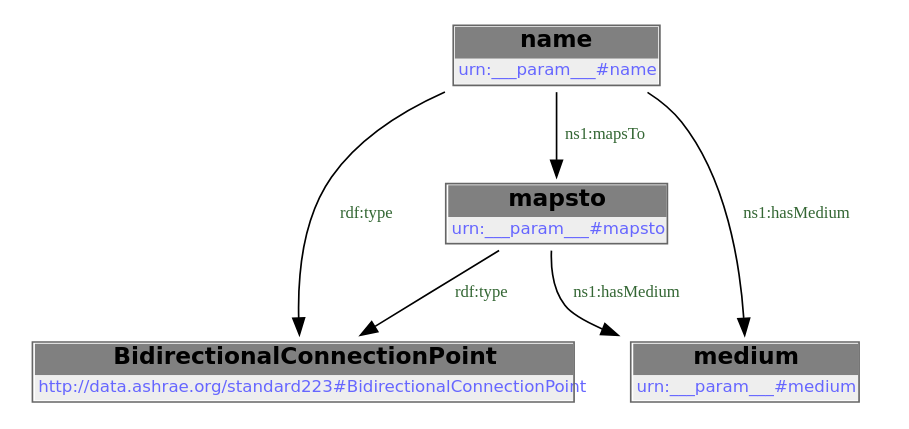
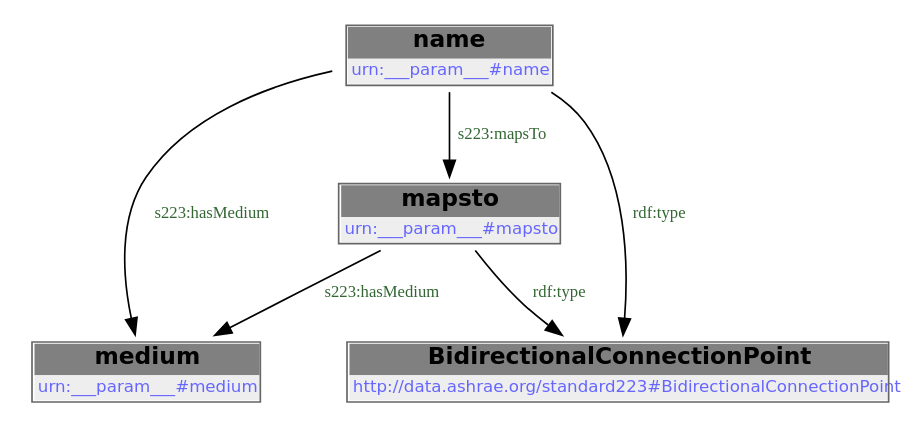
One commit to DataDrivenCPS/water-ontology changed the diagram in docs/libraries/templates/bidirectional-cp.rst. Above: the diagram before and after it, drawn with Graphviz. The commit also changed other lines of this file and 83 other files, not shown here.

```diff
--- a/docs/libraries/templates/bidirectional-cp.rst
+++ b/docs/libraries/templates/bidirectional-cp.rst
@@ -64,14 +55,18 @@
-        .. graphviz::
+.. graphviz::
 
-                digraph G {
-            node [fontname="DejaVu Sans"];
-            node0 -> node1 [color=BLACK, label=< <font point-size='10' color='#336633'>rdf:type</font> >];
-            node2 -> node1 [color=BLACK, label=< <font point-size='10' color='#336633'>rdf:type</font> >];
-            node2 -> node0 [color=BLACK, label=< <font point-size='10' color='#336633'>ns1:mapsTo</font> >];
-            node0 -> node3 [color=BLACK, label=< <font point-size='10' color='#336633'>ns1:hasMedium</font> >];
-            node2 -> node3 [color=BLACK, label=< <font point-size='10' color='#336633'>ns1:hasMedium</font> >];
-            node0 [shape=none, color=black, label=< <table color='#666666' cellborder='0' cellspacing='0' border='1'><tr><td colspan='2' bgcolor='grey'><B>mapsto</B></td></tr><tr><td href='urn:___param___#mapsto' bgcolor='#eeeeee' colspan='2'><font point-size='10' color='#6666ff'>urn:___param___#mapsto</font></td></tr></table> >];
-            node1 [shape=none, color=black, label=< <table color='#666666' cellborder='0' cellspacing='0' border='1'><tr><td colspan='2' bgcolor='grey'><B>BidirectionalConnectionPoint</B></td></tr><tr><td href='http://data.ashrae.org/standard223#BidirectionalConnectionPoint' bgcolor='#eeeeee' colspan='2'><font point-size='10' color='#6666ff'>http://data.ashrae.org/standard223#BidirectionalConnectionPoint</font></td></tr></table> >];
-            node2 [shape=none, color=black, label=< <table color='#666666' cellborder='0' cellspacing='0' border='1'><tr><td colspan='2' bgcolor='grey'><B>name</B></td></tr><tr><td href='urn:___param___#name' bgcolor='#eeeeee' colspan='2'><font point-size='10' color='#6666ff'>urn:___param___#name</font></td></tr></table> >];
-            node3 [shape=none, color=black, label=< <table color='#666666' cellborder='0' cellspacing='0' border='1'><tr><td colspan='2' bgcolor='grey'><B>medium</B></td></tr><tr><td href='urn:___param___#medium' bgcolor='#eeeeee' colspan='2'><font point-size='10' color='#6666ff'>urn:___param___#medium</font></td></tr></table> >];
-            }
+    digraph {
+     node [ fontname="DejaVu Sans" ] ;
+        node0 -> node1 [ color=BLACK, label=< <font point-size='10' color='#336633'>s223:hasMedium</font> > ] ;
+        node0 -> node2 [ color=BLACK, label=< <font point-size='10' color='#336633'>rdf:type</font> > ] ;
+        node3 -> node1 [ color=BLACK, label=< <font point-size='10' color='#336633'>s223:hasMedium</font> > ] ;
+        node3 -> node0 [ color=BLACK, label=< <font point-size='10' color='#336633'>s223:mapsTo</font> > ] ;
+        node3 -> node2 [ color=BLACK, label=< <font point-size='10' color='#336633'>rdf:type</font> > ] ;
+    # urn:___param___#mapsto node0
+    node0 [ shape=none, color=black label=< <table color='#666666' cellborder='0' cellspacing='0' border='1'><tr><td colspan='2' bgcolor='grey'><B>mapsto</B></td></tr><tr><td href='urn:___param___#mapsto' bgcolor='#eeeeee' colspan='2'><font point-size='10' color='#6666ff'>urn:___param___#mapsto</font></td></tr></table> > ]
+    # urn:___param___#medium node1
+    node1 [ shape=none, color=black label=< <table color='#666666' cellborder='0' cellspacing='0' border='1'><tr><td colspan='2' bgcolor='grey'><B>medium</B></td></tr><tr><td href='urn:___param___#medium' bgcolor='#eeeeee' colspan='2'><font point-size='10' color='#6666ff'>urn:___param___#medium</font></td></tr></table> > ]
+    # http://data.ashrae.org/standard223#BidirectionalConnectionPoint node2
+    node2 [ shape=none, color=black label=< <table color='#666666' cellborder='0' cellspacing='0' border='1'><tr><td colspan='2' bgcolor='grey'><B>BidirectionalConnectionPoint</B></td></tr><tr><td href='http://data.ashrae.org/standard223#BidirectionalConnectionPoint' bgcolor='#eeeeee' colspan='2'><font point-size='10' color='#6666ff'>http://data.ashrae.org/standard223#BidirectionalConnectionPoint</font></td></tr></table> > ]
+    # urn:___param___#name node3
+    node3 [ shape=none, color=black label=< <table color='#666666' cellborder='0' cellspacing='0' border='1'><tr><td colspan='2' bgcolor='grey'><B>name</B></td></tr><tr><td href='urn:___param___#name' bgcolor='#eeeeee' colspan='2'><font point-size='10' color='#6666ff'>urn:___param___#name</font></td></tr></table> > ]
+    }
```
